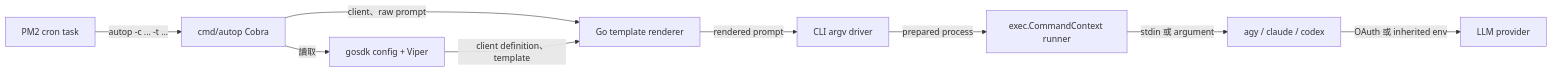
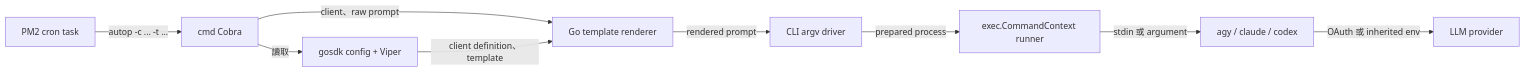
One commit to BizShuk/autop changed the second of 3 diagrams in plans/2026-07-26-autop-cli-facade.md. Above: the diagram before and after it, drawn with Mermaid. The commit also changed other lines of this file and 23 other files, not shown here.

Commit message:
refactor: flatten cmd structure by moving autop CLI package to root cmd directory

````diff
--- a/plans/2026-07-26-autop-cli-facade.md
+++ b/plans/2026-07-26-autop-cli-facade.md
@@ -121,11 +121,11 @@
 ```mermaid
 flowchart LR
-    PM2["PM2 cron task"] -->|"autop -c ... -t ..."| CLI["cmd/autop Cobra"]
+    PM2["PM2 cron task"] -->|"autop -c ... -t ..."| CLI["cmd Cobra"]
     CLI -->|"讀取"| CFG["gosdk config + Viper"]
     CLI -->|"client、raw prompt"| Render["Go template renderer"]
     CFG -->|"client definition、template"| Render
     Render -->|"rendered prompt"| Driver["CLI argv driver"]
     Driver -->|"prepared process"| Runner["exec.CommandContext runner"]
     Runner -->|"stdin 或 argument"| Client["agy / claude / codex"]
     Client -->|"OAuth 或 inherited env"| Provider["LLM provider"]
 ```
````
